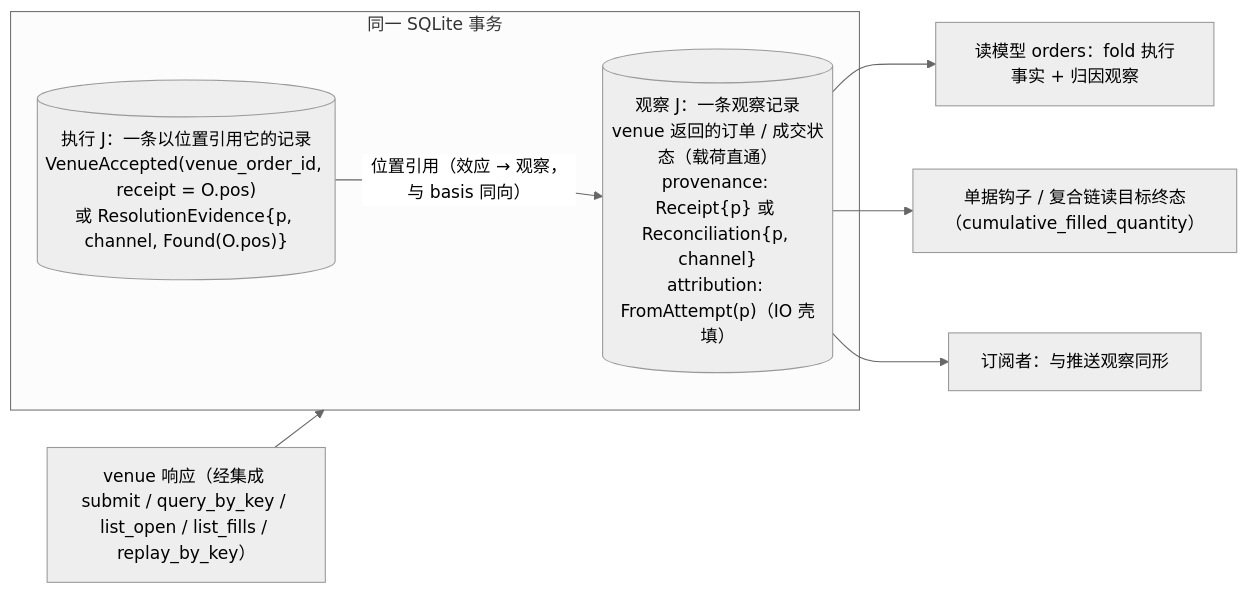
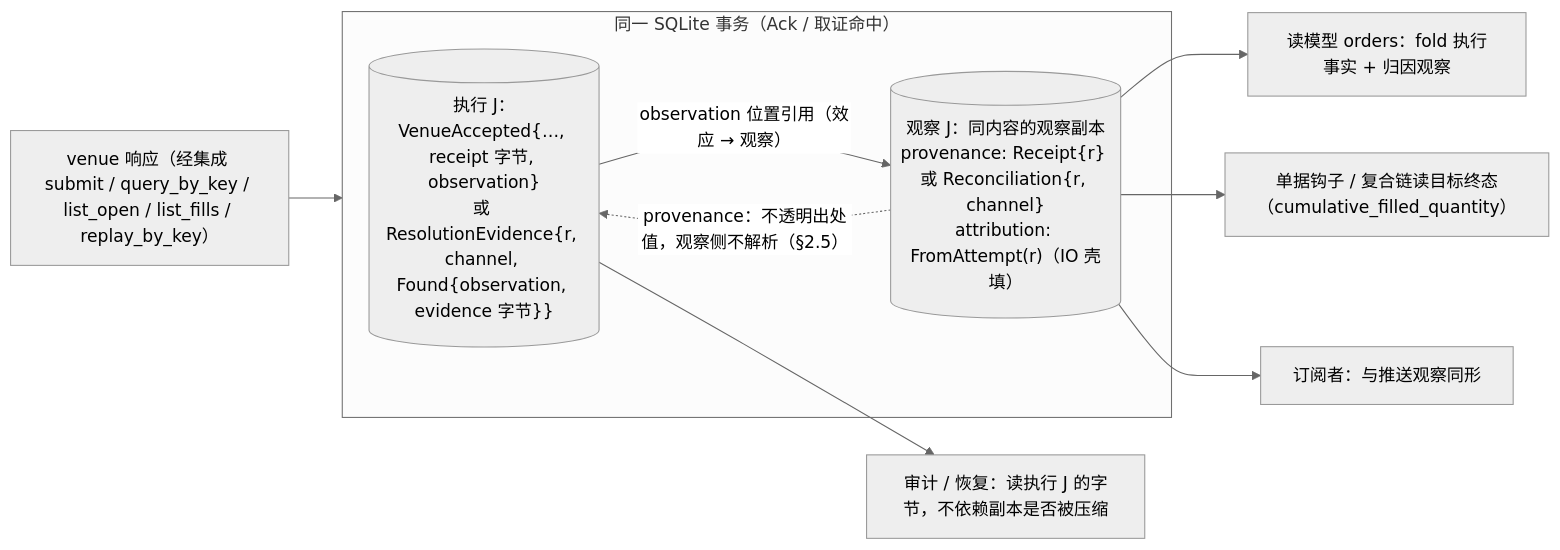
The third of 7 diagrams in design/diagrams/06-io-shell-attempt.md (mouriya-s-lab/uta), drawn with Mermaid (neutral theme) before and after one commit. The commit also changed other lines of this file and 9 other files, not shown here.

Commit message:
设计：并入 astra 复核——腿身份 AttemptRef、回执/证据字节归执行事实、EffectResponse 完成事实、AwaitingTargetTerminal 有界出口、ReconciliationReopened 重开取证、取证记录矩阵（Unavailable 不算取证）、lane 集合语义贯通、恢复先判 Resolved、alignment 读当前流末 + checked_as_of、一版一决 Conflict(AlreadyDecided)、Lag/完备位置切面、唯一边=类型依赖与语义消费、XA 类比改设计标签；图 D1–D9 同步

````diff
--- a/design/diagrams/06-io-shell-attempt.md
+++ b/design/diagrams/06-io-shell-attempt.md
@@ -85,12 +101,14 @@
 ```mermaid
 flowchart LR
-  subgraph TX["同一 SQLite 事务"]
-    O[("观察 J：一条观察记录<br/>venue 返回的订单 / 成交状态（载荷直通）<br/>provenance: Receipt{p} 或 Reconciliation{p, channel}<br/>attribution: FromAttempt(p)（IO 壳填）")]
-    E[("执行 J：一条以位置引用它的记录<br/>VenueAccepted(venue_order_id, receipt = O.pos)<br/>或 ResolutionEvidence{p, channel, Found(O.pos)}")]
-    E -->|"位置引用（效应 → 观察，与 basis 同向）"| O
+  V["venue 响应（经集成 submit / query_by_key / list_open / list_fills / replay_by_key）"] --> TX
+  subgraph TX["同一 SQLite 事务（Ack / 取证命中）"]
+    E[("执行 J：VenueAccepted{…, receipt 字节, observation}<br/>或 ResolutionEvidence{r, channel, Found{observation, evidence 字节}}")]
+    O[("观察 J：同内容的观察副本<br/>provenance: Receipt{r} 或 Reconciliation{r, channel}<br/>attribution: FromAttempt(r)（IO 壳填）")]
+    E -->|"observation 位置引用（效应 → 观察）"| O
+    O -.->|"provenance：不透明出处值，观察侧不解析（§2.5）"| E
   end
-  V["venue 响应（经集成 submit / query_by_key / list_open / list_fills / replay_by_key）"] --> TX
+  E --> AUD["审计 / 恢复：读执行 J 的字节，不依赖副本是否被压缩"]
   O --> RM["读模型 orders：fold 执行事实 + 归因观察"]
   O --> HOOK["单据钩子 / 复合链读目标终态（cumulative_filled_quantity）"]
   O --> SUBS["订阅者：与推送观察同形"]
 ```
````
